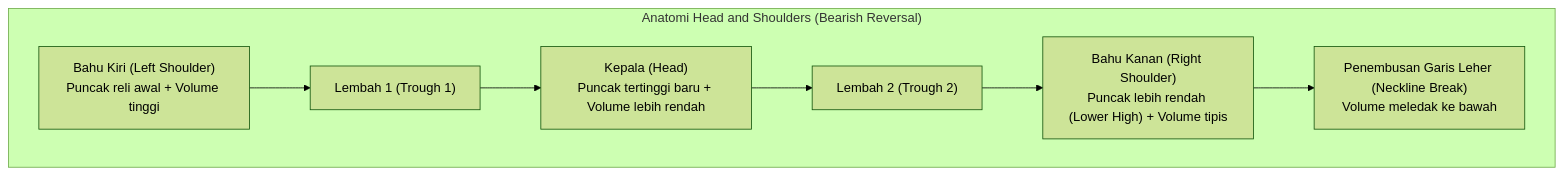
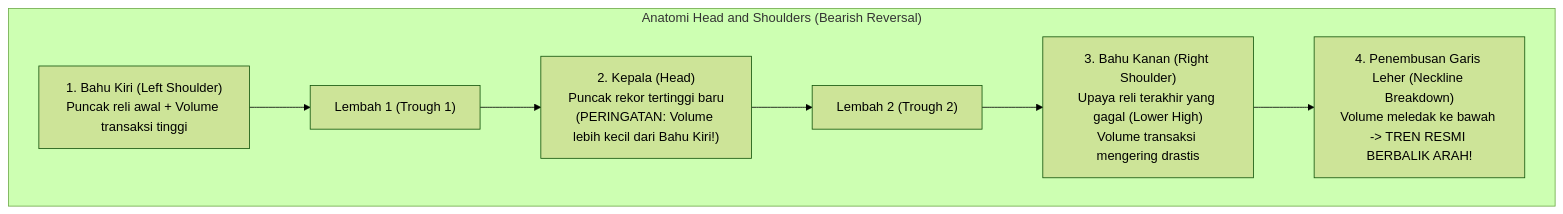
The third of 9 diagrams in docs/edianto-ong/21-chart-patterns.md (AlulCode45/Trading-Learning-Path), drawn with Mermaid (forest theme) before and after one commit. The commit also changed other lines of this file and 29 other files, not shown here.

Commit message:
docs(edianto-ong): upgrade all 29 chapters with beginner analogies, diagrams, step-by-step guides, and case studies

````diff
--- a/docs/edianto-ong/21-chart-patterns.md
+++ b/docs/edianto-ong/21-chart-patterns.md
@@ -46,10 +70,10 @@
 ```mermaid
 flowchart TD
     subgraph HnSAnatomy["Anatomi Head and Shoulders (Bearish Reversal)"]
-        LS["Bahu Kiri (Left Shoulder)<br/>Puncak reli awal + Volume tinggi"] --> NL1["Lembah 1 (Trough 1)"]
-        NL1 --> Head["Kepala (Head)<br/>Puncak tertinggi baru + Volume lebih rendah"]
-        Head --> NL2["Lembah 2 (Trough 2)"]
-        NL2 --> RS["Bahu Kanan (Right Shoulder)<br/>Puncak lebih rendah (Lower High) + Volume tipis"]
-        RS --> NecklineBreak["Penembusan Garis Leher (Neckline Break)<br/>Volume meledak ke bawah"]
+        LS["1. Bahu Kiri (Left Shoulder)<br/>Puncak reli awal + Volume transaksi tinggi"] --> T1["Lembah 1 (Trough 1)"]
+        T1 --> Head["2. Kepala (Head)<br/>Puncak rekor tertinggi baru<br/>(PERINGATAN: Volume lebih kecil dari Bahu Kiri!)"]
+        Head --> T2["Lembah 2 (Trough 2)"]
+        T2 --> RS["3. Bahu Kanan (Right Shoulder)<br/>Upaya reli terakhir yang gagal (Lower High)<br/>Volume transaksi mengering drastis"]
+        RS --> BreakNL["4. Penembusan Garis Leher (Neckline Breakdown)<br/>Volume meledak ke bawah -> TREN RESMI BERBALIK ARAH!"]
     end
 ```
````
